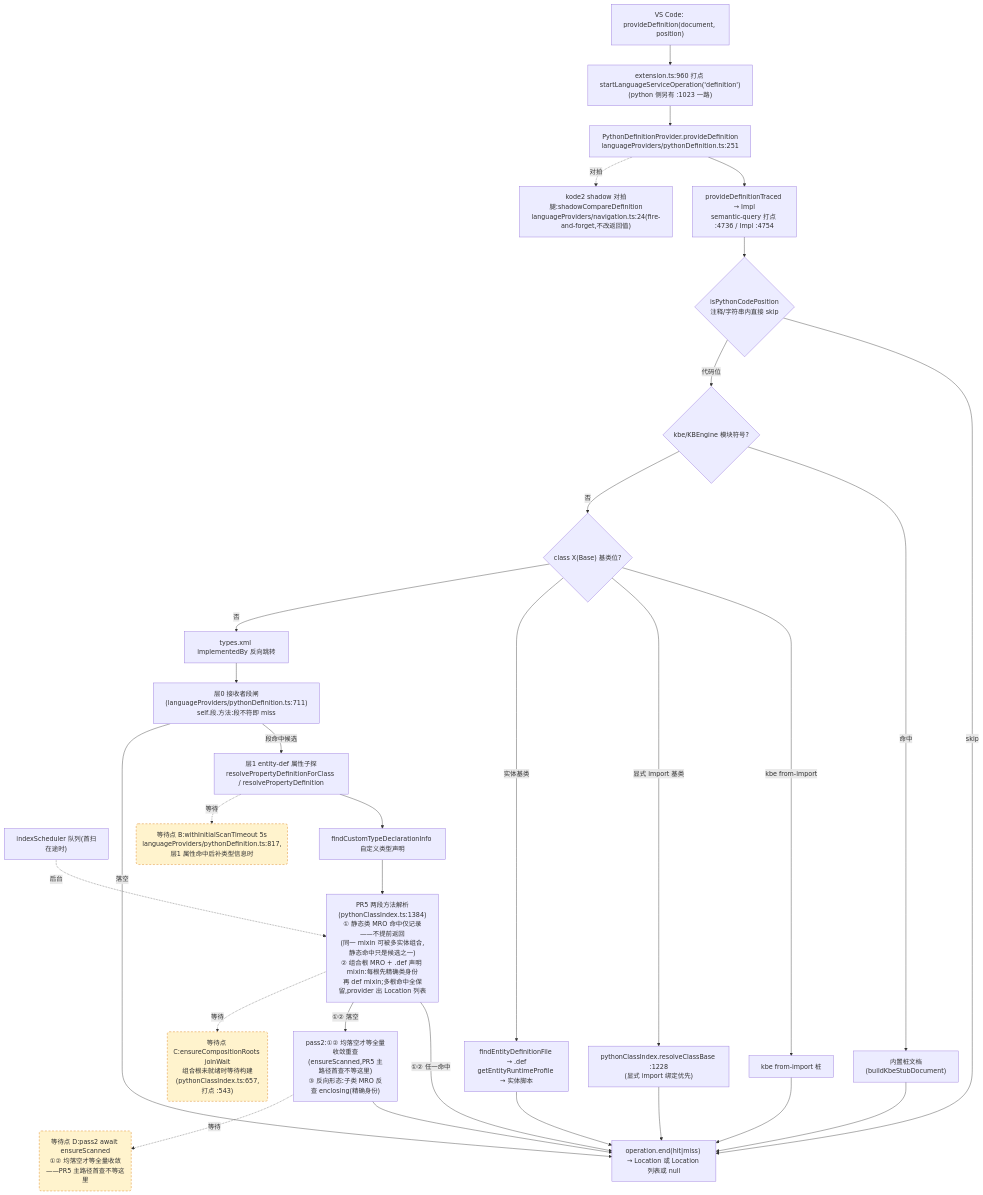
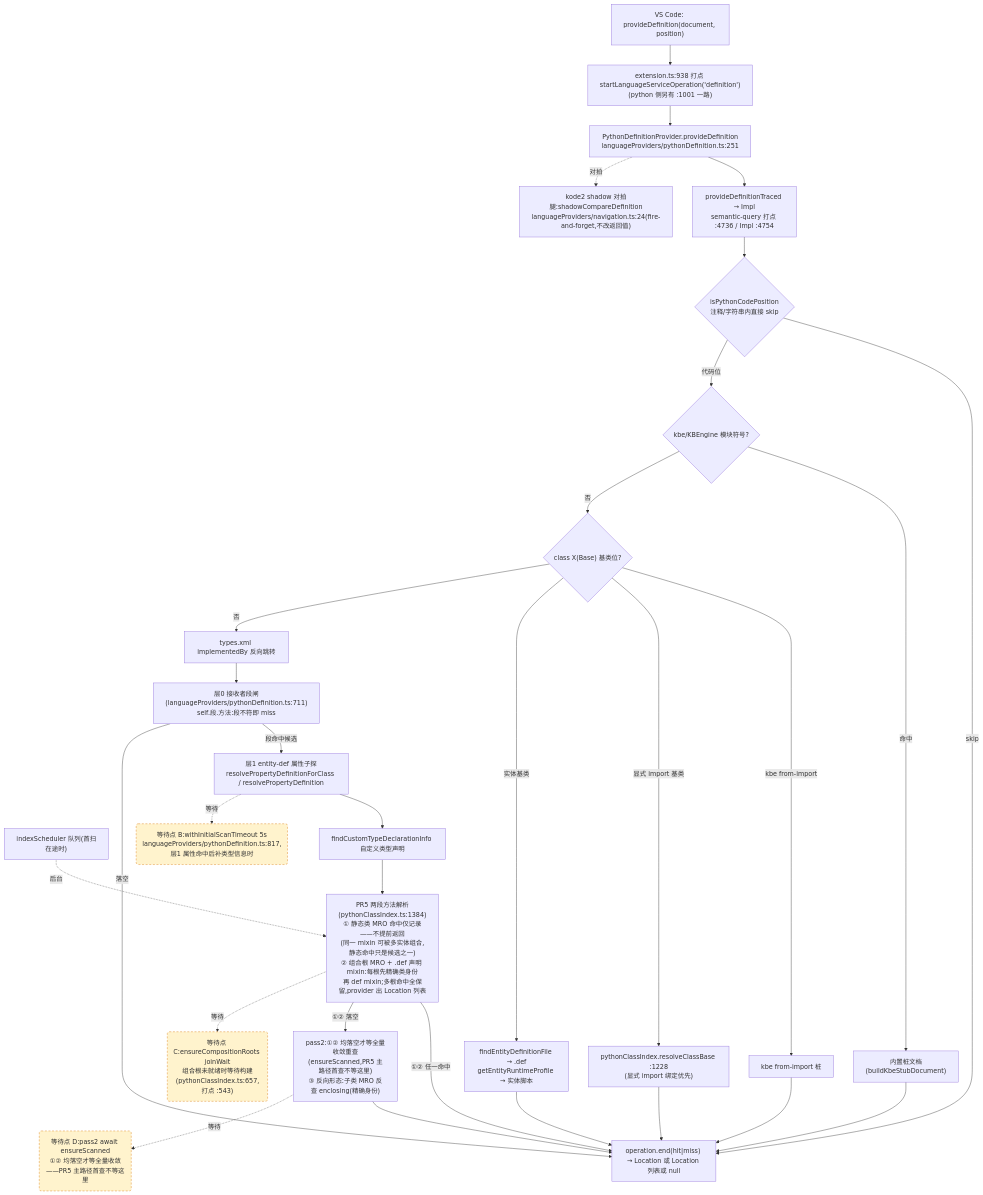
Before and after one commit to cuihairu/kode: the second of 4 diagrams in docs/perf/2026-baseline.md, drawn with Mermaid. The commit also changed other lines of this file and 3 other files, not shown here.

````diff
--- a/docs/perf/2026-baseline.md
+++ b/docs/perf/2026-baseline.md
@@ -130,51 +130,51 @@
 ```mermaid
 flowchart TD
   VC2["VS Code: provideDefinition(document, position)"]
-  M2["extension.ts:960 打点 startLanguageServiceOperation('definition')<br/>(python 侧另有 :1023 一路)"]
+  M2["extension.ts:938 打点 startLanguageServiceOperation('definition')<br/>(python 侧另有 :1001 一路)"]
   AD2["PythonDefinitionProvider.provideDefinition<br/>languageProviders/pythonDefinition.ts:251"]
   TR["provideDefinitionTraced → Impl<br/>semantic-query 打点 :4736 / Impl :4754"]
   CTX{"isPythonCodePosition<br/>注释/字符串内直接 skip"}
   KBE{"kbe/KBEngine 模块符号?"}
   STUB["内置桩文档(buildKbeStubDocument)"]
   CB{"class X(Base) 基类位?"}
   CB1["kbe from-import 桩"]
   CB2["pythonClassIndex.resolveClassBase :1228<br/>(显式 import 绑定优先)"]
   CB3["findEntityDefinitionFile → .def<br/>getEntityRuntimeProfile → 实体脚本"]
   REV["types.xml implementedBy 反向跳转"]
   L0["层0 接收者段闸(languageProviders/pythonDefinition.ts:711)<br/>self.段.方法:段不符即 miss"]
   L1["层1 entity-def 属性子探<br/>resolvePropertyDefinitionForClass / resolvePropertyDefinition"]
   SCAN["indexScheduler 队列(首扫在途时)"]
   TY["findCustomTypeDeclarationInfo 自定义类型声明"]
   MRO["PR5 两段方法解析(pythonClassIndex.ts:1384)<br/>① 静态类 MRO 命中仅记录——不提前返回<br/>(同一 mixin 可被多实体组合,静态命中只是候选之一)<br/>② 组合根 MRO + .def 声明 mixin:每根先精确类身份<br/>再 def mixin;多根命中全保留,provider 出 Location 列表"]
   PASS2["pass2:①② 均落空才等全量收敛重查<br/>(ensureScanned,PR5 主路径首查不等这里)<br/>③ 反向形态:子类 MRO 反查 enclosing(精确身份)"]
   SHD["kode2 shadow 对拍腿:shadowCompareDefinition<br/>languageProviders/navigation.ts:24(fire-and-forget,不改返回值)"]
   END2["operation.end(hit|miss) → Location 或 Location 列表或 null"]
 
   VC2 --> M2 --> AD2 --> TR --> CTX
   CTX -- "skip" --> END2
   CTX -- "代码位" --> KBE
   KBE -- "命中" --> STUB --> END2
   KBE -- "否" --> CB
   CB -- "kbe from-import" --> CB1 --> END2
   CB -- "显式 import 基类" --> CB2 --> END2
   CB -- "实体基类" --> CB3 --> END2
   CB -- "否" --> REV --> L0
   L0 -- "段命中候选" --> L1
   L0 -- "落空" --> END2
   L1 --> TY
   TY --> MRO
   MRO -- "①② 任一命中" --> END2
   MRO -- "①② 落空" --> PASS2 --> END2
   AD2 -.->|对拍| SHD
 
   WAITB("等待点 B:withInitialScanTimeout 5s<br/>languageProviders/pythonDefinition.ts:817,层1 属性命中后补类型信息时")
   WAITC("等待点 C:ensureCompositionRoots joinWait<br/>组合根未就绪时等待构建(pythonClassIndex.ts:657,打点 :543)")
   WAITD("等待点 D:pass2 await ensureScanned<br/>①② 均落空才等全量收敛——PR5 主路径首查不等这里")
   L1 -.->|等待| WAITB
   MRO -.->|等待| WAITC
   PASS2 -.->|等待| WAITD
   SCAN -.->|后台| MRO
 
   classDef waitPoint fill:#fff3cd,stroke:#d97706,stroke-dasharray:5 4;
   class WAITB,WAITC,WAITD waitPoint;
 ```
````
